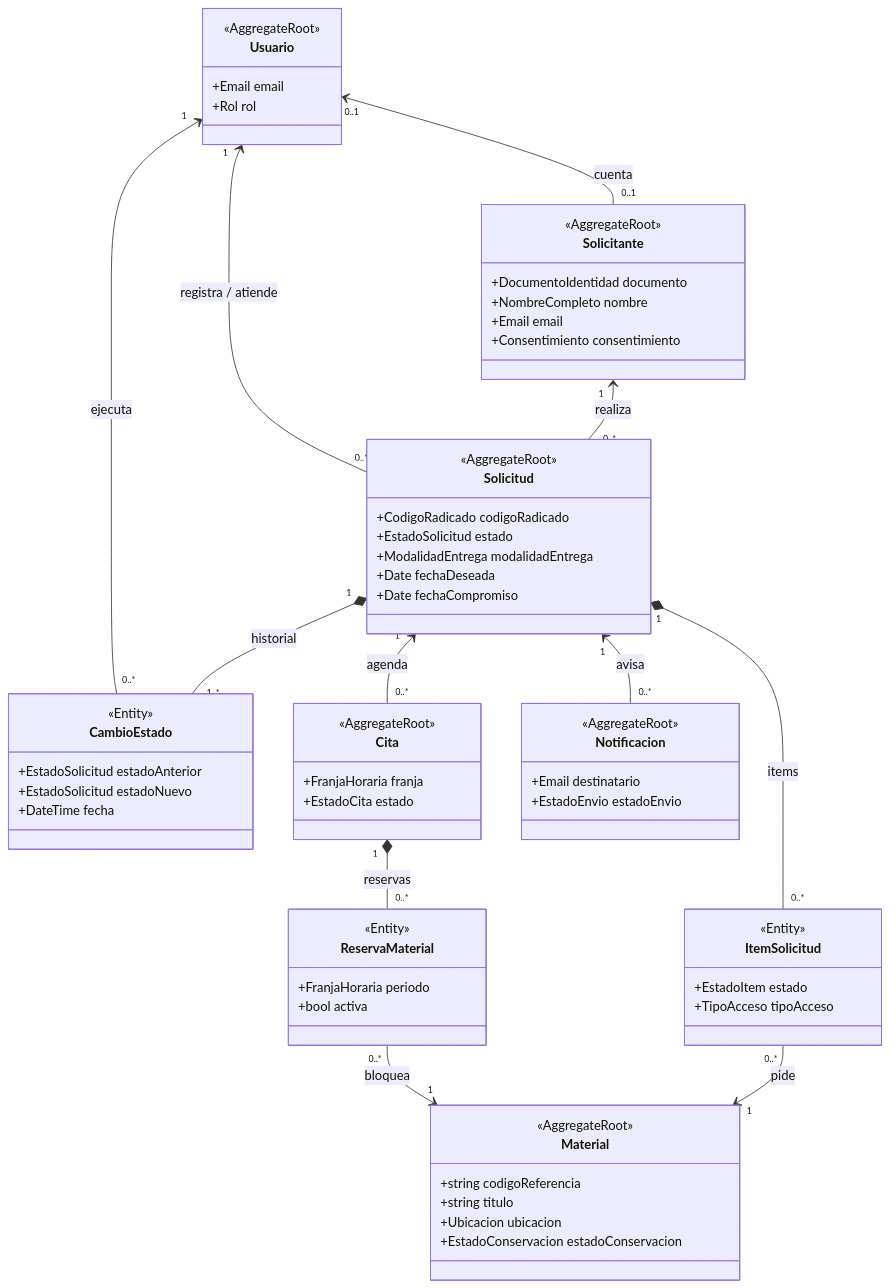
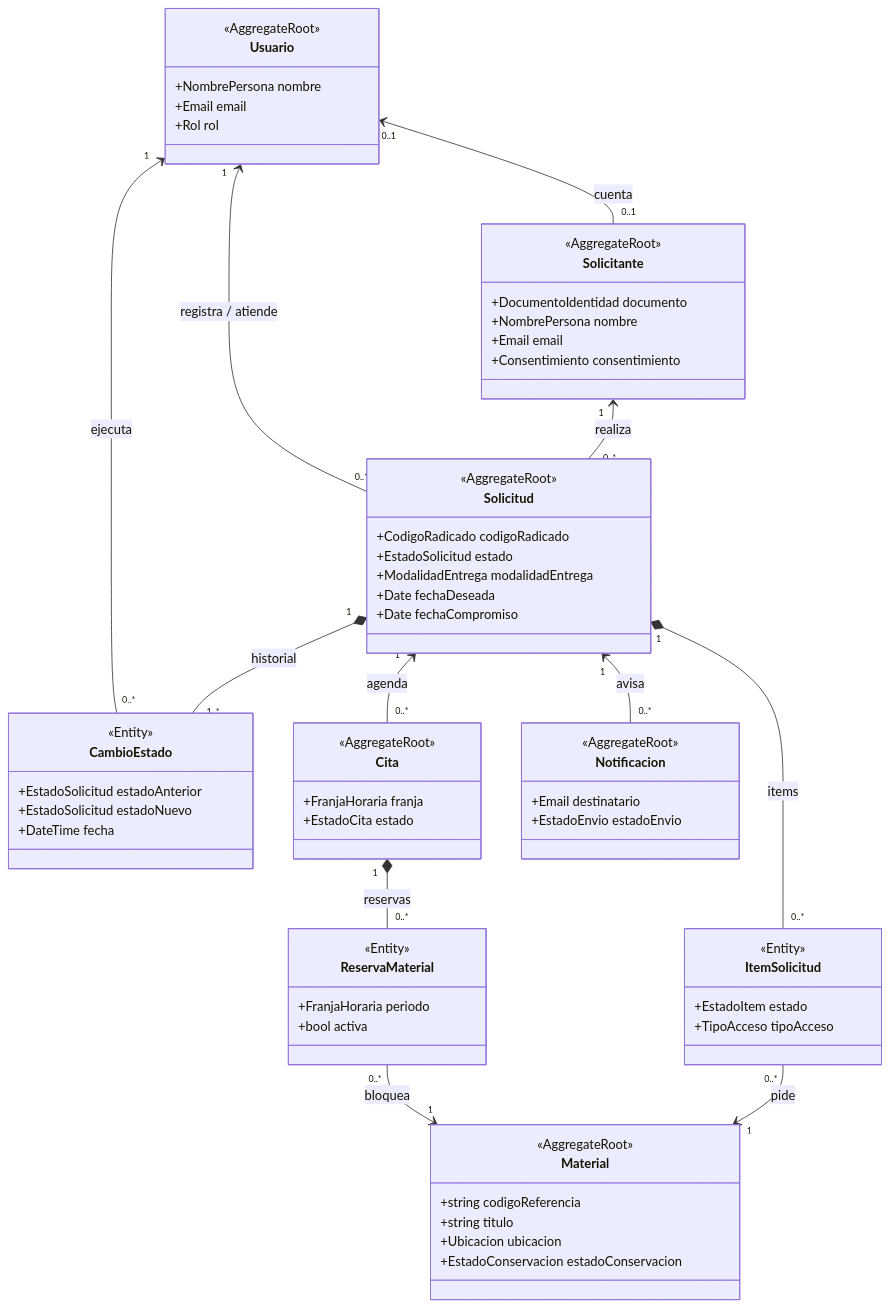
The first of 3 diagrams in docs/modelo-datos.md (bryanmg20/Trackhive), drawn with Mermaid before and after one commit. The commit also changed other lines of this file and 1 other file, not shown here.

First line of the commit message:
docs: actualiza los campos del nombre en el modelo de datos y el README del front

````diff
--- a/docs/modelo-datos.md
+++ b/docs/modelo-datos.md
@@ -9,70 +9,71 @@
 ```mermaid
 classDiagram
     direction TB
 
     class Usuario {
         <<AggregateRoot>>
+        +NombrePersona nombre
         +Email email
         +Rol rol
     }
     class Solicitante {
         <<AggregateRoot>>
         +DocumentoIdentidad documento
-        +NombreCompleto nombre
+        +NombrePersona nombre
         +Email email
         +Consentimiento consentimiento
     }
     class Solicitud {
         <<AggregateRoot>>
         +CodigoRadicado codigoRadicado
         +EstadoSolicitud estado
         +ModalidadEntrega modalidadEntrega
         +Date fechaDeseada
         +Date fechaCompromiso
     }
     class ItemSolicitud {
         <<Entity>>
         +EstadoItem estado
         +TipoAcceso tipoAcceso
     }
     class CambioEstado {
         <<Entity>>
         +EstadoSolicitud estadoAnterior
         +EstadoSolicitud estadoNuevo
         +DateTime fecha
     }
     class Cita {
         <<AggregateRoot>>
         +FranjaHoraria franja
         +EstadoCita estado
     }
     class ReservaMaterial {
         <<Entity>>
         +FranjaHoraria periodo
         +bool activa
     }
     class Notificacion {
         <<AggregateRoot>>
         +Email destinatario
         +EstadoEnvio estadoEnvio
     }
     class Material {
         <<AggregateRoot>>
         +string codigoReferencia
         +string titulo
         +Ubicacion ubicacion
         +EstadoConservacion estadoConservacion
     }
 
     Solicitante "1" <-- "0..*" Solicitud : realiza
     Solicitud "1" *-- "0..*" ItemSolicitud : items
     ItemSolicitud "0..*" --> "1" Material : pide
     Solicitud "1" *-- "1..*" CambioEstado : historial
     Solicitud "1" <-- "0..*" Cita : agenda
     Cita "1" *-- "0..*" ReservaMaterial : reservas
     ReservaMaterial "0..*" --> "1" Material : bloquea
     Usuario "1" <-- "0..*" Solicitud : registra / atiende
     Usuario "1" <-- "0..*" CambioEstado : ejecuta
     Usuario "0..1" <-- "0..1" Solicitante : cuenta
     Solicitud "1" <-- "0..*" Notificacion : avisa
 ```
````
